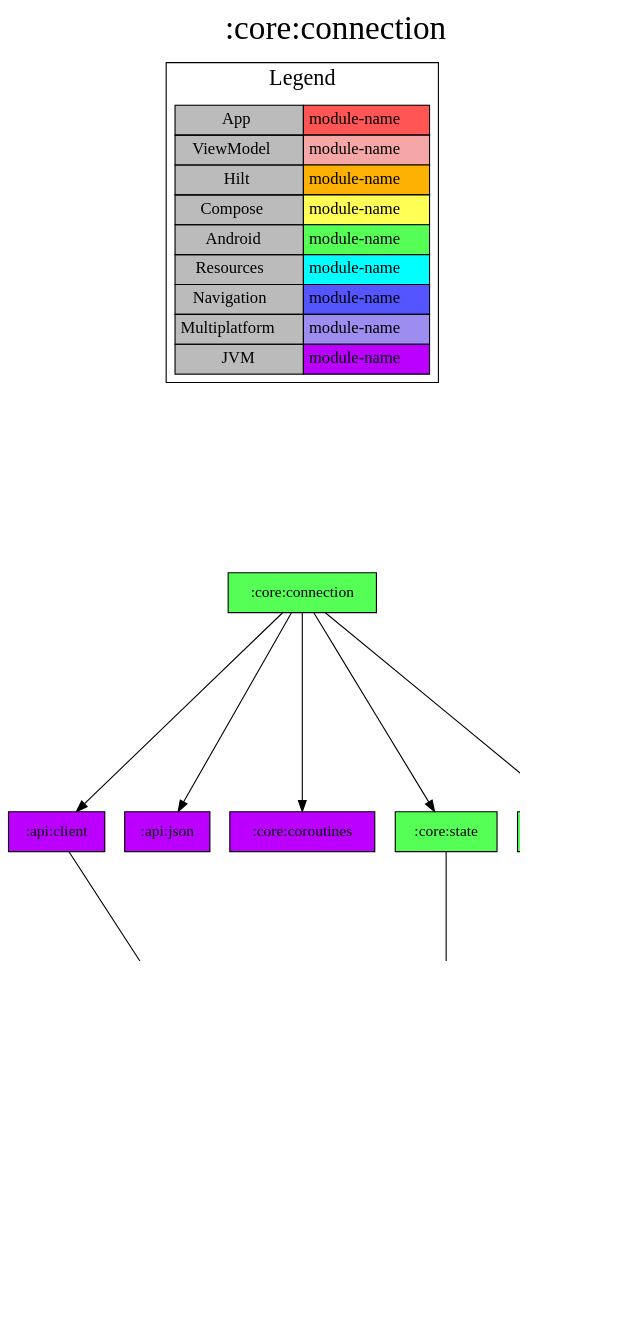
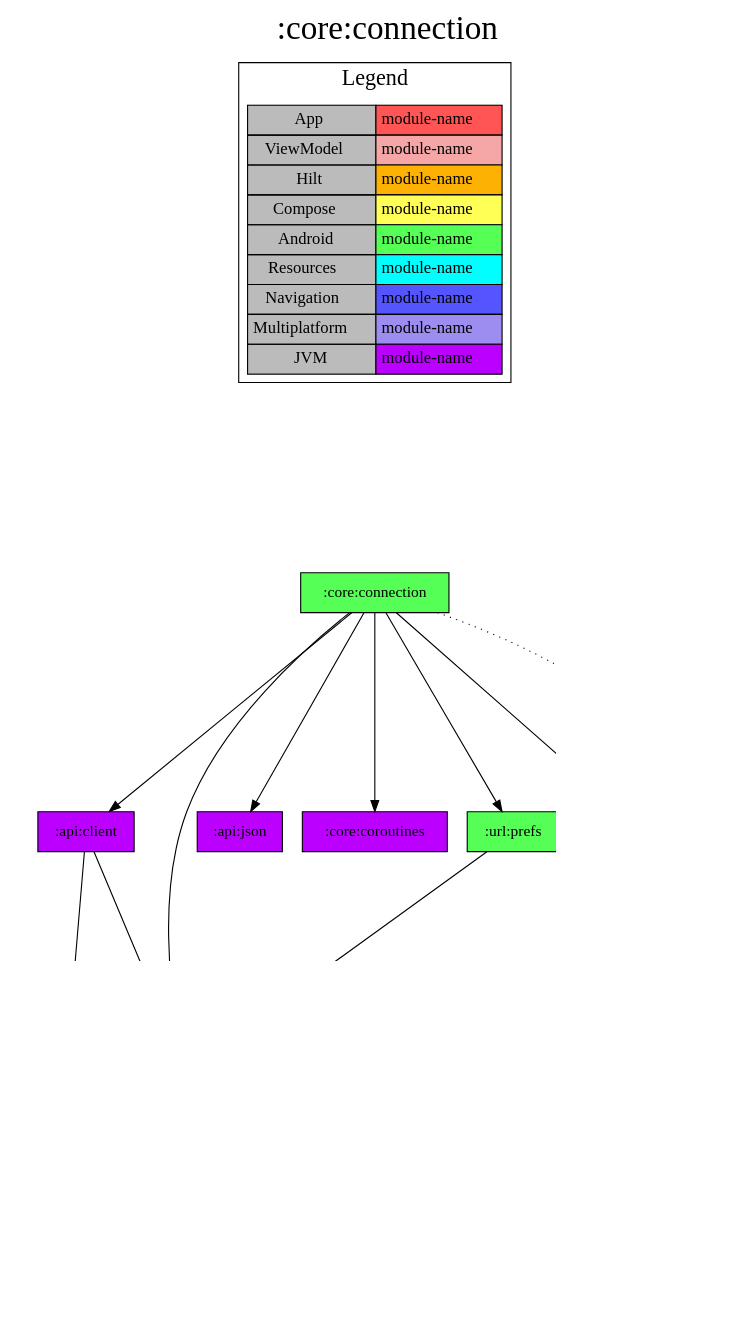
One commit to jonapoul/aktual changed the diagram in modules/core/connection/project-dependency-graph.dot. Above: the diagram before and after it, drawn with Graphviz. The commit also changed 127 other files, not shown here.

```diff
--- a/modules/core/connection/project-dependency-graph.dot
+++ b/modules/core/connection/project-dependency-graph.dot
@@ -1,43 +1,48 @@
 digraph {
 edge ["dir"="forward"]
 graph ["dpi"="100","label"=":core:connection","labelloc"="t","fontsize"="30","ranksep"="2.5","rankdir"="TB"]
 node ["style"="filled"]
 ":core:connection" ["fillcolor"="#55FF55","shape"="box"]
 ":api:client" ["fillcolor"="#BB00FF","shape"="box"]
 ":api:model" ["fillcolor"="#BB00FF","shape"="box"]
-":core:model" ["fillcolor"="#BB00FF","shape"="box"]
+":login:model" ["fillcolor"="#9D8DF1","shape"="box"]
+":url:model" ["fillcolor"="#9D8DF1","shape"="box"]
 ":api:json" ["fillcolor"="#BB00FF","shape"="box"]
 ":core:coroutines" ["fillcolor"="#BB00FF","shape"="box"]
-":core:state" ["fillcolor"="#55FF55","shape"="box"]
-":serverUrl:prefs" ["fillcolor"="#55FF55","shape"="box"]
+":core:versions" ["fillcolor"="#9D8DF1","shape"="box"]
+":core:buildconfig" ["fillcolor"="#9D8DF1","shape"="box"]
+":url:prefs" ["fillcolor"="#55FF55","shape"="box"]
 {
 edge ["dir"="none"]
 graph ["rank"="same"]
 }
 ":core:connection" -> ":api:client"
 ":core:connection" -> ":api:json"
 ":core:connection" -> ":core:coroutines"
-":core:connection" -> ":core:state"
-":core:connection" -> ":serverUrl:prefs"
+":core:connection" -> ":core:versions"
+":core:connection" -> ":url:model"
+":core:connection" -> ":url:prefs"
+":core:connection" -> ":core:buildconfig" ["style"="dotted"]
 ":api:client" -> ":api:model"
-":api:model" -> ":core:model"
-":core:state" -> ":core:model"
-":serverUrl:prefs" -> ":core:model"
+":api:client" -> ":url:model"
+":api:model" -> ":login:model"
+":core:versions" -> ":core:buildconfig"
+":url:prefs" -> ":url:model"
 subgraph "cluster_legend" {
 edge ["dir"="none"]
 graph ["label"="Legend","fontsize"="20"]
 "Legend" ["style"="filled","fillcolor"="#bbbbbb","shape"="none","margin"="0","fontsize"="15","label"=<
 <TABLE BORDER="0" CELLBORDER="1" CELLSPACING="0" CELLPADDING="4">
 <TR><TD>App</TD><TD BGCOLOR="#FF5555">module-name</TD></TR>
 <TR><TD>ViewModel</TD><TD BGCOLOR="#F5A6A6">module-name</TD></TR>
 <TR><TD>Hilt</TD><TD BGCOLOR="#FCB103">module-name</TD></TR>
 <TR><TD>Compose</TD><TD BGCOLOR="#FFFF55">module-name</TD></TR>
 <TR><TD>Android</TD><TD BGCOLOR="#55FF55">module-name</TD></TR>
 <TR><TD>Resources</TD><TD BGCOLOR="#00FFFF">module-name</TD></TR>
 <TR><TD>Navigation</TD><TD BGCOLOR="#5555FF">module-name</TD></TR>
 <TR><TD>Multiplatform</TD><TD BGCOLOR="#9D8DF1">module-name</TD></TR>
 <TR><TD>JVM</TD><TD BGCOLOR="#BB00FF">module-name</TD></TR>
 </TABLE>
 >]
 } -> ":core:connection" ["style"="invis"]
 }
```
